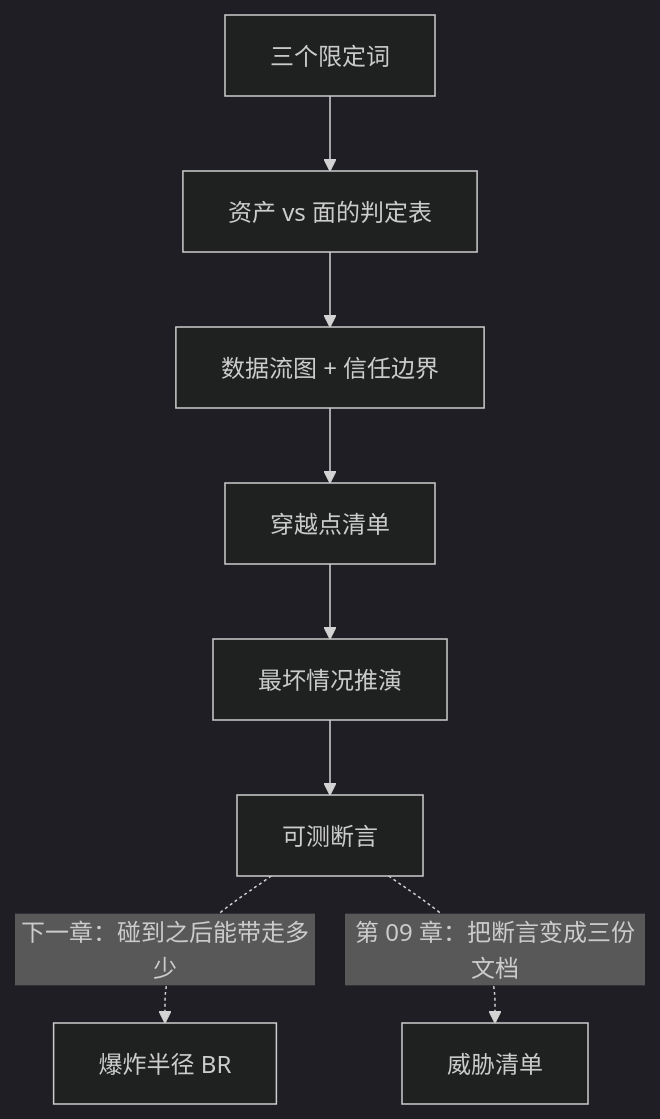
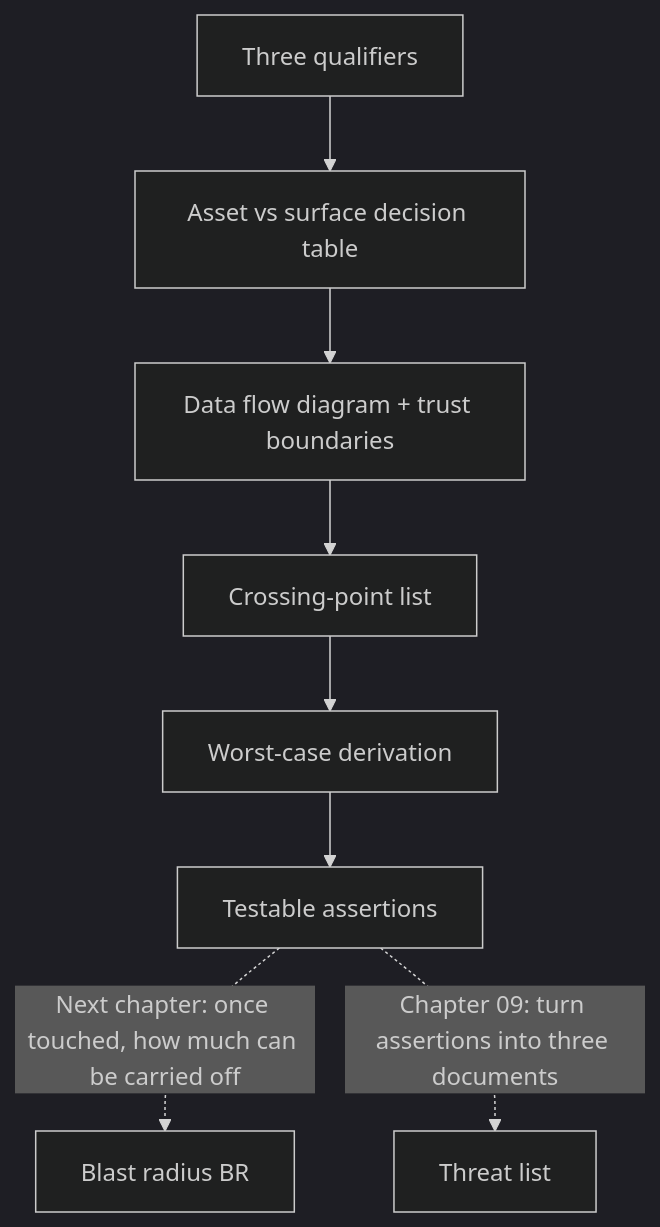
One commit to xzlxiao/vibe-coding-textbook changed the second of 2 diagrams in phase4/chapters/ch03-attack-surface.md. Above: the diagram before and after it, drawn with Mermaid (dark theme). The commit also changed other lines of this file and 10 other files, not shown here.

````diff
--- a/phase4/chapters/ch03-attack-surface.md
+++ b/phase4/chapters/ch03-attack-surface.md
@@ -283,10 +283,10 @@
 ```mermaid
 flowchart TD
-    A["三个限定词"] --> B["资产 vs 面的判定表"]
-    B --> C["数据流图 + 信任边界"]
-    C --> D["穿越点清单"]
-    D --> E["最坏情况推演"]
-    E --> F["可测断言"]
-    F -.->|"下一章：碰到之后能带走多少"| N["爆炸半径 BR"]
-    F -.->|"第 09 章：把断言变成三份文档"| M["威胁清单"]
+    A["Three qualifiers"] --> B["Asset vs surface decision table"]
+    B --> C["Data flow diagram + trust boundaries"]
+    C --> D["Crossing-point list"]
+    D --> E["Worst-case derivation"]
+    E --> F["Testable assertions"]
+    F -.->|"Next chapter: once touched, how much can be carried off"| N["Blast radius BR"]
+    F -.->|"Chapter 09: turn assertions into three documents"| M["Threat list"]
 ```
````
